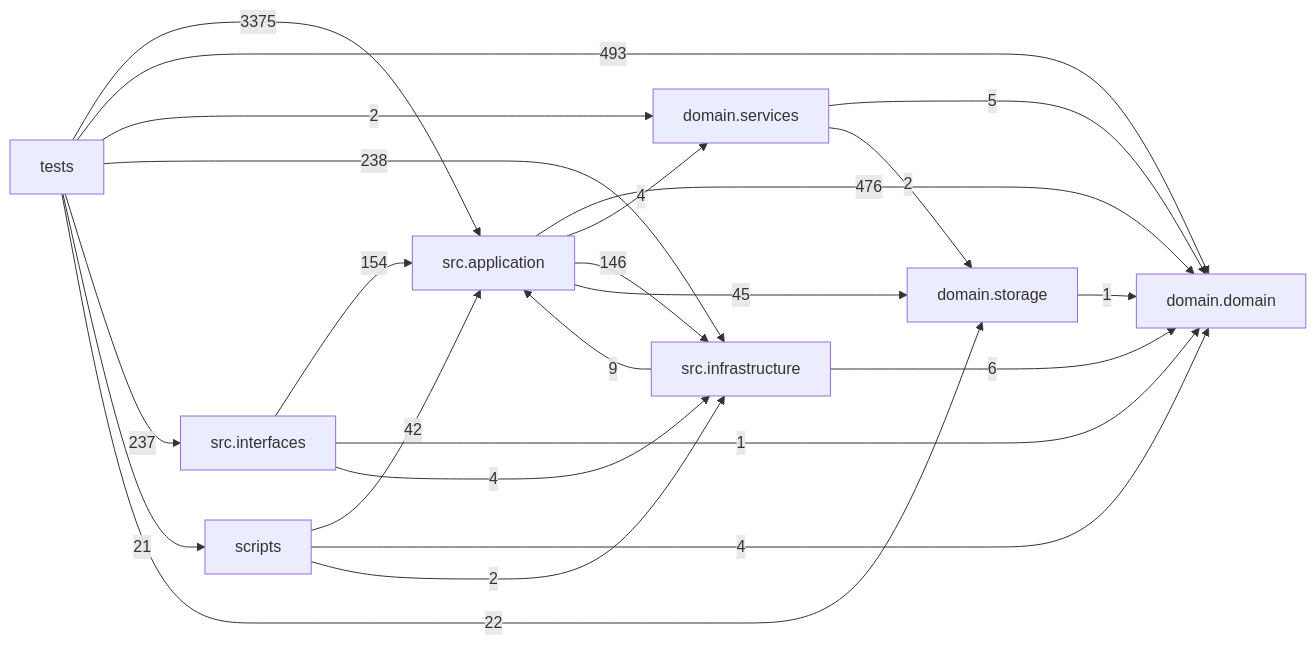
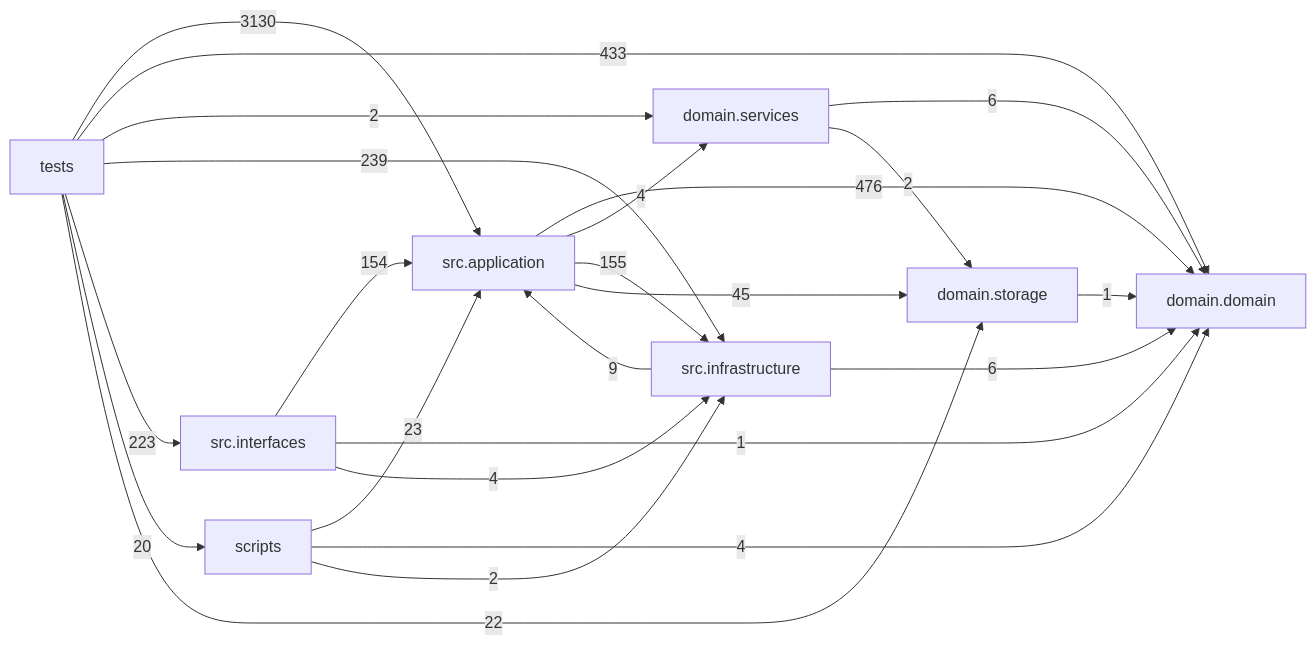
The diagram in docs/DEPENDENCY_GRAPH.md (liuxie066/options-monitor), drawn with Mermaid before and after one commit. The commit also changed other lines of this file and 57 other files, not shown here.

First line of the commit message:
docs(guardrails): regenerate the dependency graph and record the new suite baseline

````diff
--- a/docs/DEPENDENCY_GRAPH.md
+++ b/docs/DEPENDENCY_GRAPH.md
@@ -24,33 +24,33 @@
 ```mermaid
 flowchart LR
   tests["tests"]
   scripts["scripts"]
   interfaces["src.interfaces"]
   application["src.application"]
   infrastructure["src.infrastructure"]
   domain_services["domain.services"]
   domain["domain.domain"]
   storage["domain.storage"]
   application -->|476| domain
   application -->|4| domain_services
-  application -->|146| infrastructure
+  application -->|155| infrastructure
   application -->|45| storage
-  domain_services -->|5| domain
+  domain_services -->|6| domain
   domain_services -->|2| storage
   infrastructure -->|9| application
   infrastructure -->|6| domain
   interfaces -->|154| application
   interfaces -->|1| domain
   interfaces -->|4| infrastructure
-  scripts -->|42| application
+  scripts -->|23| application
   scripts -->|4| domain
   scripts -->|2| infrastructure
   storage -->|1| domain
-  tests -->|3375| application
-  tests -->|493| domain
+  tests -->|3130| application
+  tests -->|433| domain
   tests -->|2| domain_services
-  tests -->|238| infrastructure
-  tests -->|237| interfaces
-  tests -->|21| scripts
+  tests -->|239| infrastructure
+  tests -->|223| interfaces
+  tests -->|20| scripts
   tests -->|22| storage
 ```
````
